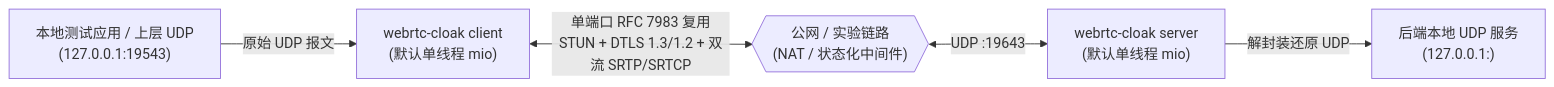
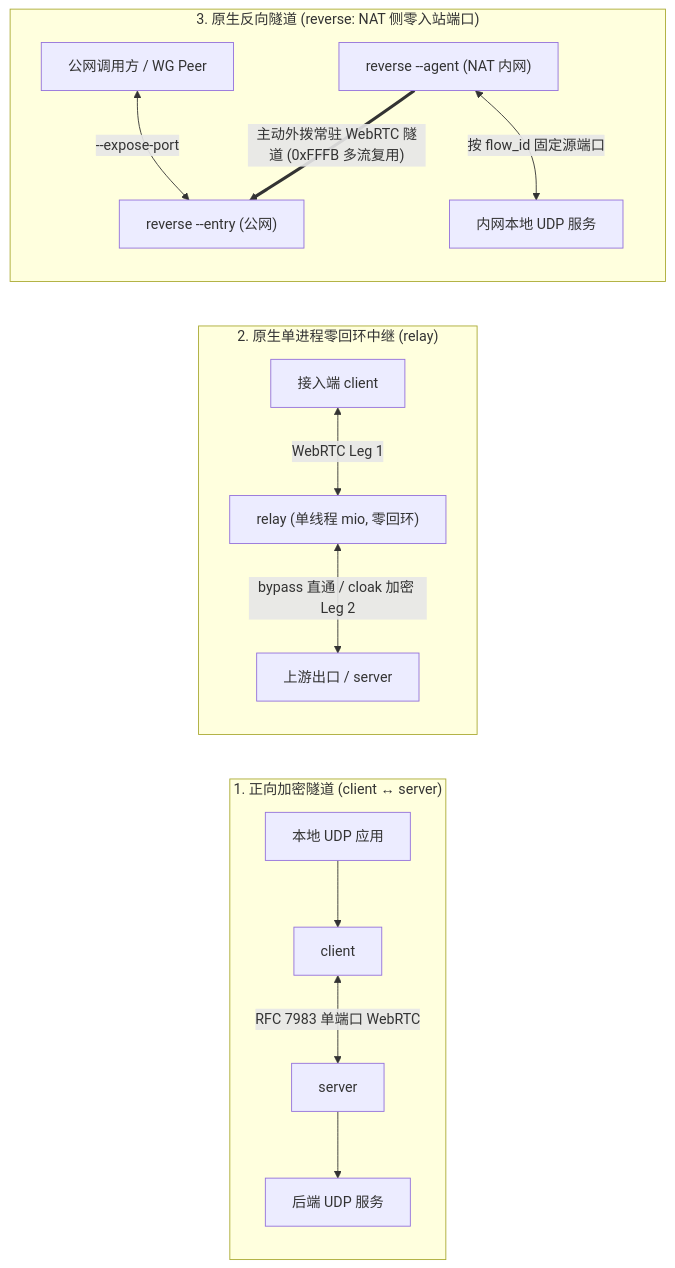
The diagram in README.md (MUMU-DADA/webrtc-cloak), drawn with Mermaid before and after one commit. The commit also changed other lines of this file and 50 other files, not shown here.

First line of the commit message:
feat(v0.6.0): native zero-loopback relay, reverse tunnel mode, and full-arch SIMD coverage

````diff
--- a/README.md
+++ b/README.md
@@ -35,7 +47,19 @@
 ```mermaid
 flowchart LR
-    App["本地测试应用 / 上层 UDP<br/>(127.0.0.1:19543)"] -->|"原始 UDP 报文"| Cli["webrtc-cloak client<br/>(默认单线程 mio)"]
-    Cli <-->|"单端口 RFC 7983 复用<br/>STUN + DTLS 1.3/1.2 + 双流 SRTP/SRTCP"| Net{{"公网 / 实验链路<br/>(NAT / 状态化中间件)"}}
-    Net <-->|"UDP :19643"| Srv["webrtc-cloak server<br/>(默认单线程 mio)"]
-    Srv -->|"解封装还原 UDP"| Backend["后端本地 UDP 服务<br/>(127.0.0.1:<BACKEND>)"]
+    subgraph FWD["1. 正向加密隧道 (client ↔ server)"]
+        App1["本地 UDP 应用"] --> Cli["client"]
+        Cli <-->|"RFC 7983 单端口 WebRTC"| Srv["server"]
+        Srv --> Back1["后端 UDP 服务"]
+    end
+
+    subgraph RLY["2. 原生单进程零回环中继 (relay)"]
+        Cli2["接入端 client"] <-->|"WebRTC Leg 1"| Relay["relay (单线程 mio, 零回环)"]
+        Relay <-->|"bypass 直通 / cloak 加密 Leg 2"| Exit["上游出口 / server"]
+    end
+
+    subgraph REV["3. 原生反向隧道 (reverse: NAT 侧零入站端口)"]
+        Peer["公网调用方 / WG Peer"] <-->|"--expose-port"| Entry["reverse --entry (公网)"]
+        Agent["reverse --agent (NAT 内网)"] ==>|"主动外拨常驻 WebRTC 隧道 (0xFFFB 多流复用)"| Entry
+        Agent <-->|"按 flow_id 固定源端口"| LocalSvc["内网本地 UDP 服务"]
+    end
 ```
````
